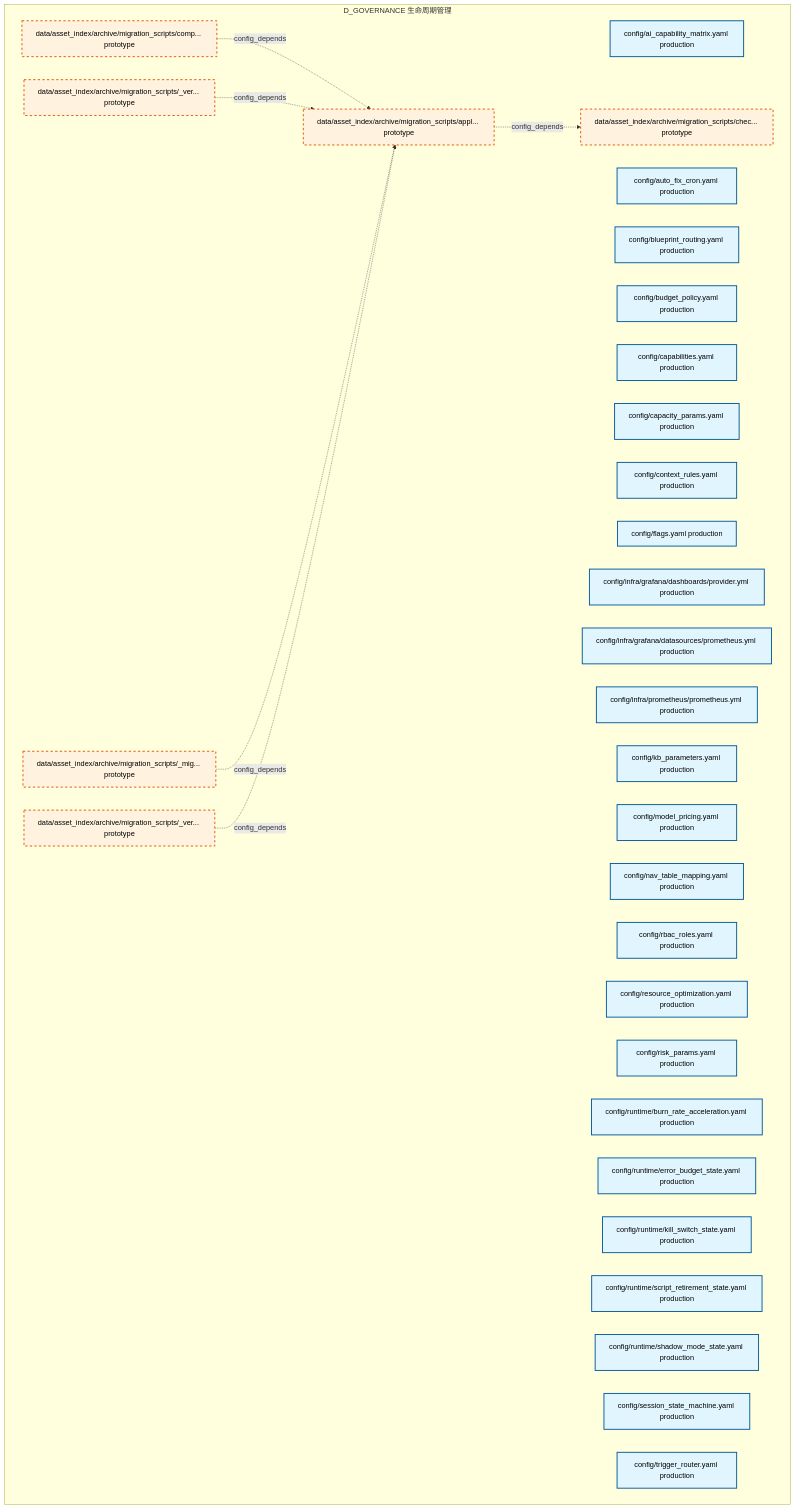
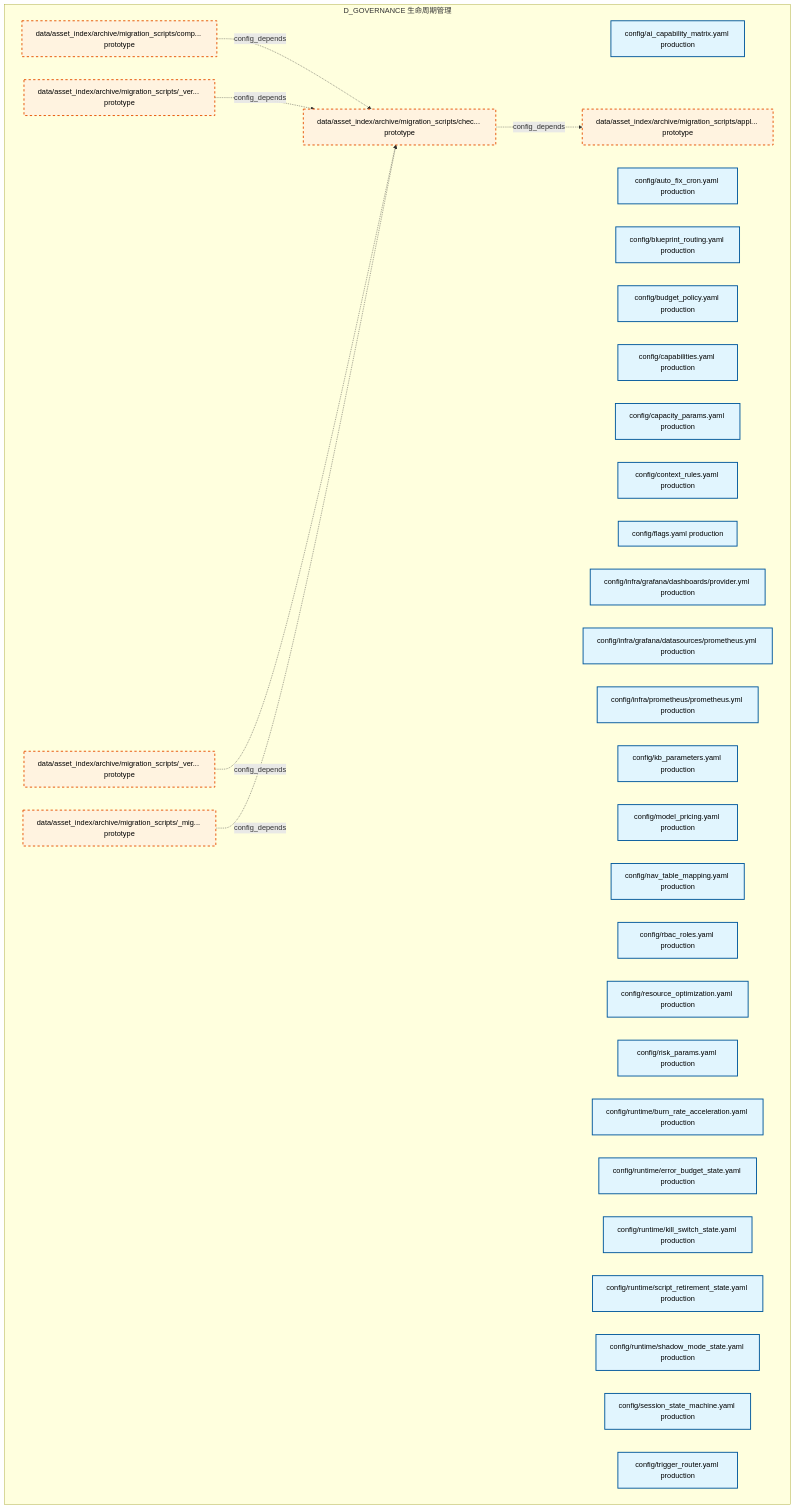
The first of 30 diagrams in docs/02_enterprise_architecture/02_domain_architecture_docs/33_d_governance.md (xuanFelixVan/ZephyrAlpha), drawn with Mermaid before and after one commit. The commit also changed other lines of this file and 105 other files, not shown here.

````diff
--- a/docs/02_enterprise_architecture/02_domain_architecture_docs/33_d_governance.md
+++ b/docs/02_enterprise_architecture/02_domain_architecture_docs/33_d_governance.md
@@ -49,46 +49,46 @@
 ```mermaid
 graph TD
     subgraph D_GOVERNANCE["D_GOVERNANCE 生命周期管理"]
         config_ai_capability_matrix_yaml["config/ai_capability_matrix.yaml production"]
         config_auto_fix_cron_yaml["config/auto_fix_cron.yaml production"]
         config_blueprint_routing_yaml["config/blueprint_routing.yaml production"]
         config_budget_policy_yaml["config/budget_policy.yaml production"]
         config_capabilities_yaml["config/capabilities.yaml production"]
         config_capacity_params_yaml["config/capacity_params.yaml production"]
         config_context_rules_yaml["config/context_rules.yaml production"]
         config_flags_yaml["config/flags.yaml production"]
         config_infra_grafana_dashboards_provider_yml["config/infra/grafana/dashboards/provider.yml production"]
         config_infra_grafana_datasources_prometheus_yml["config/infra/grafana/datasources/prometheus.yml production"]
         config_infra_prometheus_prometheus_yml["config/infra/prometheus/prometheus.yml production"]
         config_kb_parameters_yaml["config/kb_parameters.yaml production"]
         config_model_pricing_yaml["config/model_pricing.yaml production"]
         config_nav_table_mapping_yaml["config/nav_table_mapping.yaml production"]
         config_rbac_roles_yaml["config/rbac_roles.yaml production"]
         config_resource_optimization_yaml["config/resource_optimization.yaml production"]
         config_risk_params_yaml["config/risk_params.yaml production"]
         config_runtime_burn_rate_acceleration_yaml["config/runtime/burn_rate_acceleration.yaml production"]
         config_runtime_error_budget_state_yaml["config/runtime/error_budget_state.yaml production"]
         config_runtime_kill_switch_state_yaml["config/runtime/kill_switch_state.yaml production"]
         config_runtime_script_retirement_state_yaml["config/runtime/script_retirement_state.yaml production"]
         config_runtime_shadow_mode_state_yaml["config/runtime/shadow_mode_state.yaml production"]
         config_session_state_machine_yaml["config/session_state_machine.yaml production"]
         config_trigger_router_yaml["config/trigger_router.yaml production"]
         data_asset_index_archive_migration_scripts_migration_shared_py["data/asset_index/archive/migration_scripts/_mig... prototype"]
         data_asset_index_archive_migration_scripts_verify_manifest_py["data/asset_index/archive/migration_scripts/_ver... prototype"]
         data_asset_index_archive_migration_scripts_verify_step4_py["data/asset_index/archive/migration_scripts/_ver... prototype"]
         data_asset_index_archive_migration_scripts_apply_rulings_py["data/asset_index/archive/migration_scripts/appl... prototype"]
         data_asset_index_archive_migration_scripts_check_coverage_py["data/asset_index/archive/migration_scripts/chec... prototype"]
         data_asset_index_archive_migration_scripts_comprehensive_import_fix_py["data/asset_index/archive/migration_scripts/comp... prototype"]
     end
-    data_asset_index_archive_migration_scripts_apply_rulings_py -.->|config_depends| data_asset_index_archive_migration_scripts_check_coverage_py
-    data_asset_index_archive_migration_scripts_comprehensive_import_fix_py -.->|config_depends| data_asset_index_archive_migration_scripts_apply_rulings_py
-    data_asset_index_archive_migration_scripts_verify_manifest_py -.->|config_depends| data_asset_index_archive_migration_scripts_apply_rulings_py
-    data_asset_index_archive_migration_scripts_migration_shared_py -.->|config_depends| data_asset_index_archive_migration_scripts_apply_rulings_py
-    data_asset_index_archive_migration_scripts_verify_step4_py -.->|config_depends| data_asset_index_archive_migration_scripts_apply_rulings_py
+    data_asset_index_archive_migration_scripts_check_coverage_py -.->|config_depends| data_asset_index_archive_migration_scripts_apply_rulings_py
+    data_asset_index_archive_migration_scripts_comprehensive_import_fix_py -.->|config_depends| data_asset_index_archive_migration_scripts_check_coverage_py
+    data_asset_index_archive_migration_scripts_verify_manifest_py -.->|config_depends| data_asset_index_archive_migration_scripts_check_coverage_py
+    data_asset_index_archive_migration_scripts_verify_step4_py -.->|config_depends| data_asset_index_archive_migration_scripts_check_coverage_py
+    data_asset_index_archive_migration_scripts_migration_shared_py -.->|config_depends| data_asset_index_archive_migration_scripts_check_coverage_py
     classDef production fill:#e1f5fe,stroke:#01579b,stroke-width:2px,color:#000
     classDef design fill:#fff3e0,stroke:#e65100,stroke-width:2px,color:#000,stroke-dasharray: 5 5
     classDef external_prod fill:#e8f5e9,stroke:#1b5e20,stroke-width:1px,color:#000
     classDef external_design fill:#fce4ec,stroke:#880e4f,stroke-width:1px,color:#000,stroke-dasharray: 5 5
     class config_ai_capability_matrix_yaml,config_auto_fix_cron_yaml,config_blueprint_routing_yaml,config_budget_policy_yaml,config_capabilities_yaml,config_capacity_params_yaml,config_context_rules_yaml,config_flags_yaml,config_infra_grafana_dashboards_provider_yml,config_infra_grafana_datasources_prometheus_yml,config_infra_prometheus_prometheus_yml,config_kb_parameters_yaml,config_model_pricing_yaml,config_nav_table_mapping_yaml,config_rbac_roles_yaml,config_resource_optimization_yaml,config_risk_params_yaml,config_runtime_burn_rate_acceleration_yaml,config_runtime_error_budget_state_yaml,config_runtime_kill_switch_state_yaml,config_runtime_script_retirement_state_yaml,config_runtime_shadow_mode_state_yaml,config_session_state_machine_yaml,config_trigger_router_yaml production
     class data_asset_index_archive_migration_scripts_migration_shared_py,data_asset_index_archive_migration_scripts_verify_manifest_py,data_asset_index_archive_migration_scripts_verify_step4_py,data_asset_index_archive_migration_scripts_apply_rulings_py,data_asset_index_archive_migration_scripts_check_coverage_py,data_asset_index_archive_migration_scripts_comprehensive_import_fix_py design
 ```
````
